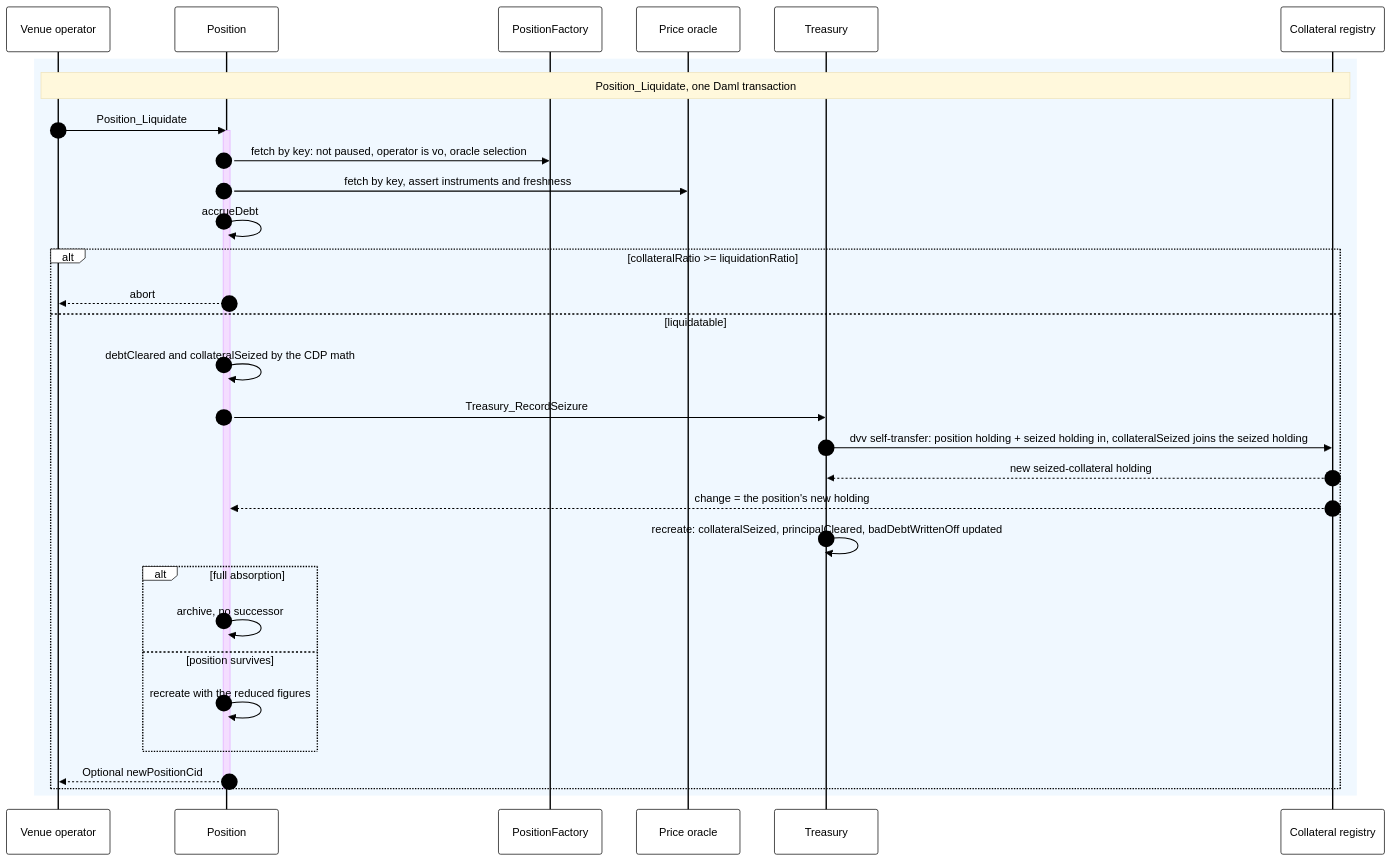
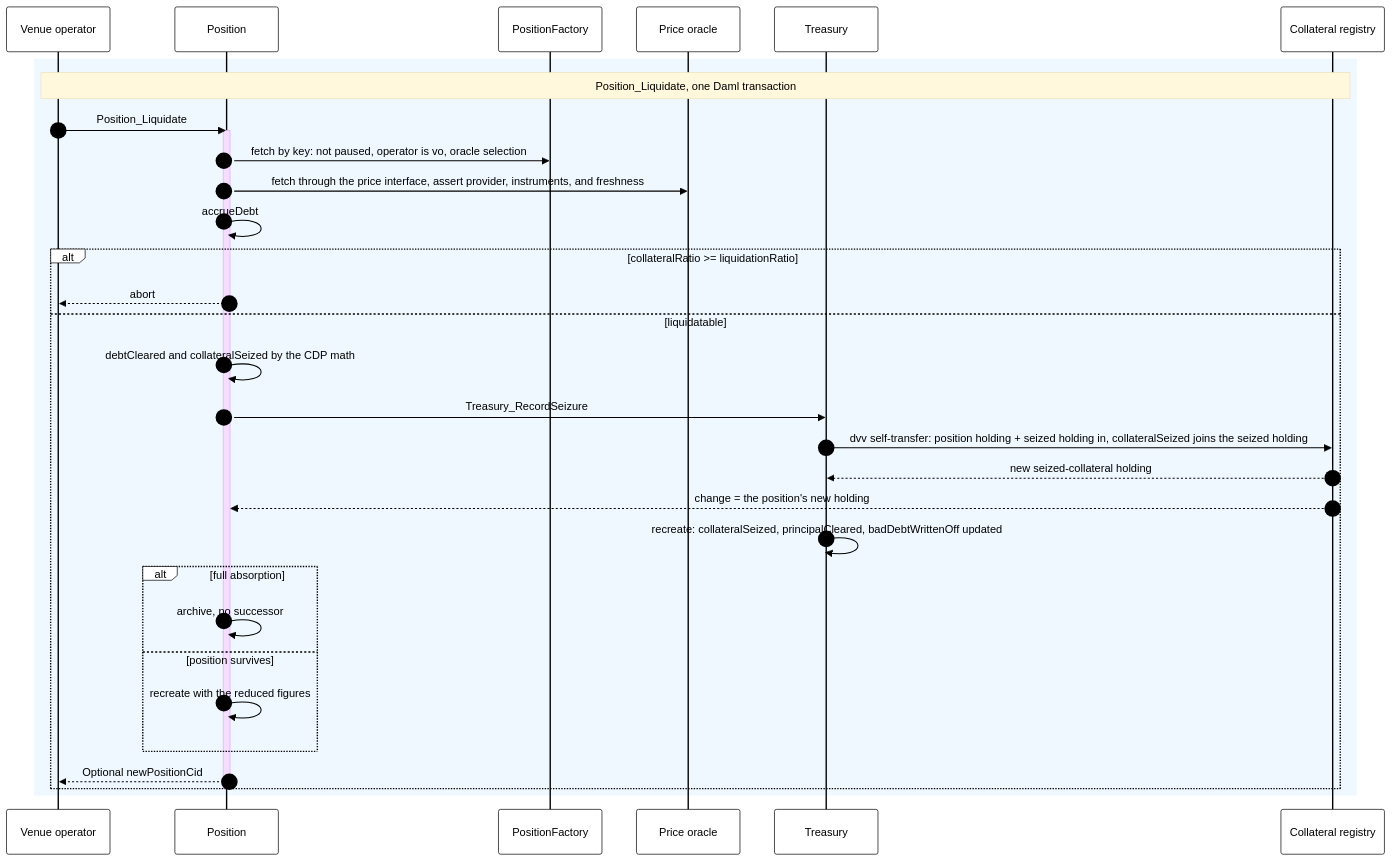
Before and after one commit to OpenZeppelin/canton-specs: the seventh of 7 diagrams in docs/reference-architectures/lending.md, drawn with Mermaid. The commit also changed other lines of this file, not shown here.

````diff
--- a/docs/reference-architectures/lending.md
+++ b/docs/reference-architectures/lending.md
@@ -348,37 +350,37 @@
 ```mermaid
 %%{init: {'theme': 'base', 'themeVariables': {'actorBkg': '#ffffff', 'actorBorder': '#000000', 'actorTextColor': '#000000', 'signalColor': '#000000', 'signalTextColor': '#000000', 'noteBkgColor': '#fff8dc', 'noteTextColor': '#000000', 'labelBoxBkgColor': '#ffffff', 'labelBoxBorderColor': '#000000', 'labelTextColor': '#000000', 'loopTextColor': '#000000', 'sequenceNumberColor': '#000000', 'altBorderColor': '#000000', 'textColor': '#000000'}}}%%
 sequenceDiagram
     autonumber
     participant V as Venue operator
     participant P as Position
     participant F as PositionFactory
     participant O as Price oracle
     participant T as Treasury
     participant RC as Collateral registry
 
     rect rgb(240, 248, 255)
     Note over V, RC: Position_Liquidate, one Daml transaction
     V->>P: Position_Liquidate
     activate P
     P->>F: fetch by key: not paused, operator is vo, oracle selection
-    P->>O: fetch by key, assert instruments and freshness
+    P->>O: fetch through the price interface, assert provider, instruments, and freshness
     P->>P: accrueDebt
     alt collateralRatio >= liquidationRatio
         P-->>V: abort
     else liquidatable
         P->>P: debtCleared and collateralSeized by the CDP math
         P->>T: Treasury_RecordSeizure
         T->>RC: dvv self-transfer: position holding + seized holding in, collateralSeized joins the seized holding
         RC-->>T: new seized-collateral holding
         RC-->>P: change = the position's new holding
         T->>T: recreate: collateralSeized, principalCleared, badDebtWrittenOff updated
         alt full absorption
             P->>P: archive, no successor
         else position survives
             P->>P: recreate with the reduced figures
         end
         P-->>V: Optional newPositionCid
     end
     deactivate P
     end
 ```
````
